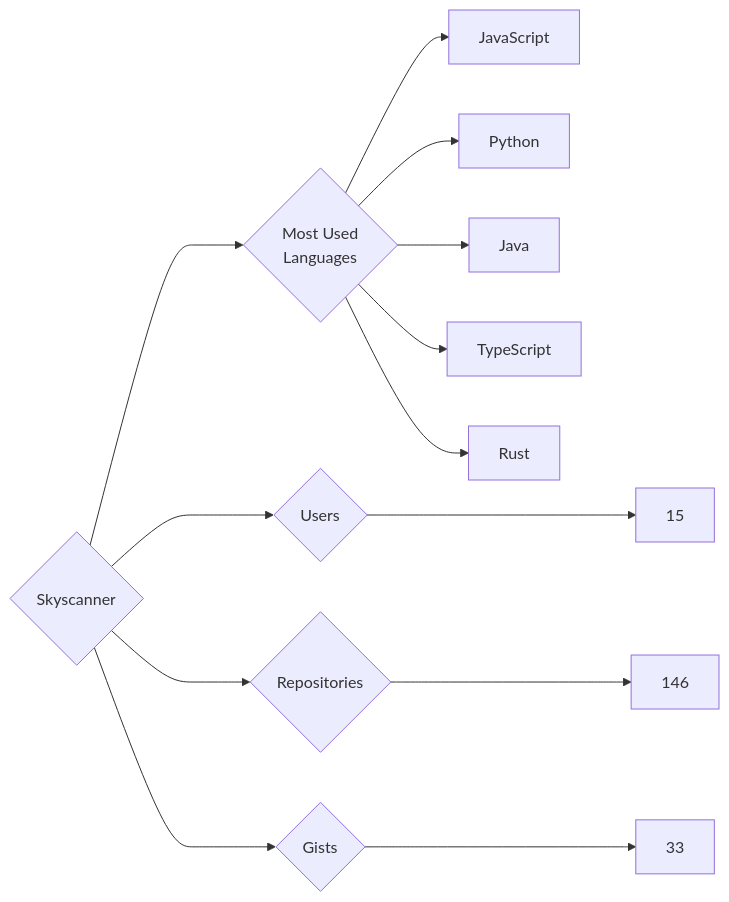
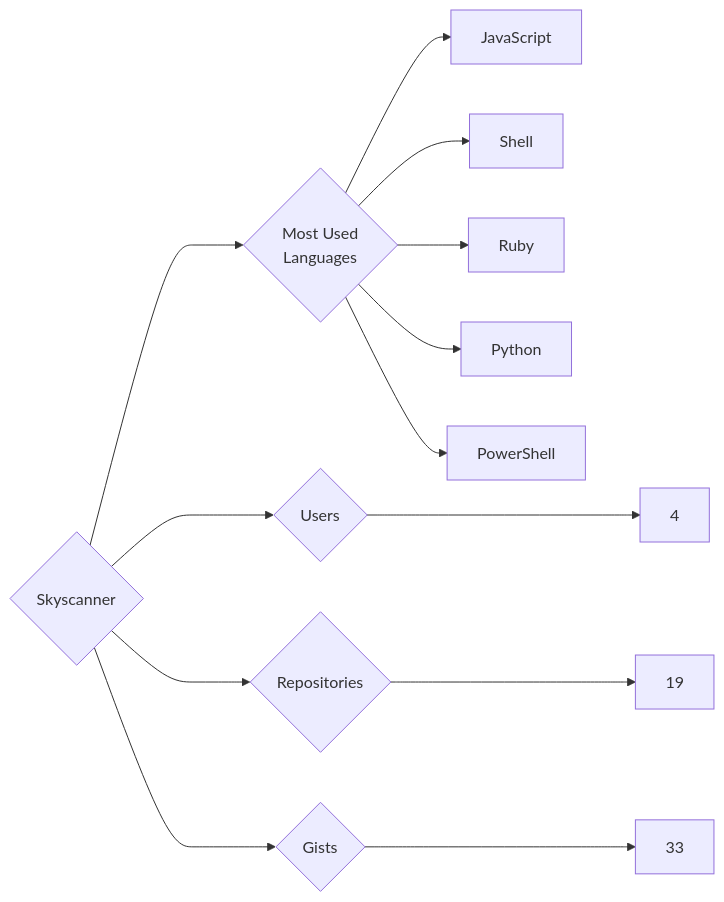
One commit to trickest/insiders changed the diagram in targets/Skyscanner/README.md. Above: the diagram before and after it, drawn with Mermaid. The commit also changed 1496 other files, not shown here.

````diff
--- a/targets/Skyscanner/README.md
+++ b/targets/Skyscanner/README.md
@@ -3,13 +3,13 @@
 ```mermaid
 graph LR
 COMPANY_NAME{Skyscanner}
-COMPANY_NAME ---> U{Users} ---> UN[15]
-COMPANY_NAME ---> R{Repositories} ---> RN[146]
+COMPANY_NAME ---> U{Users} ---> UN[4]
+COMPANY_NAME ---> R{Repositories} ---> RN[19]
 COMPANY_NAME ---> G{Gists} ---> GN[33]
 COMPANY_NAME ---> ML{Most Used<br>Languages}
 ML --> JavaScript[JavaScript]
+ML --> Shell[Shell]
+ML --> Ruby[Ruby]
 ML --> Python[Python]
-ML --> Java[Java]
-ML --> TypeScript[TypeScript]
-ML --> Rust[Rust]
+ML --> PowerShell[PowerShell]
 ```
````
